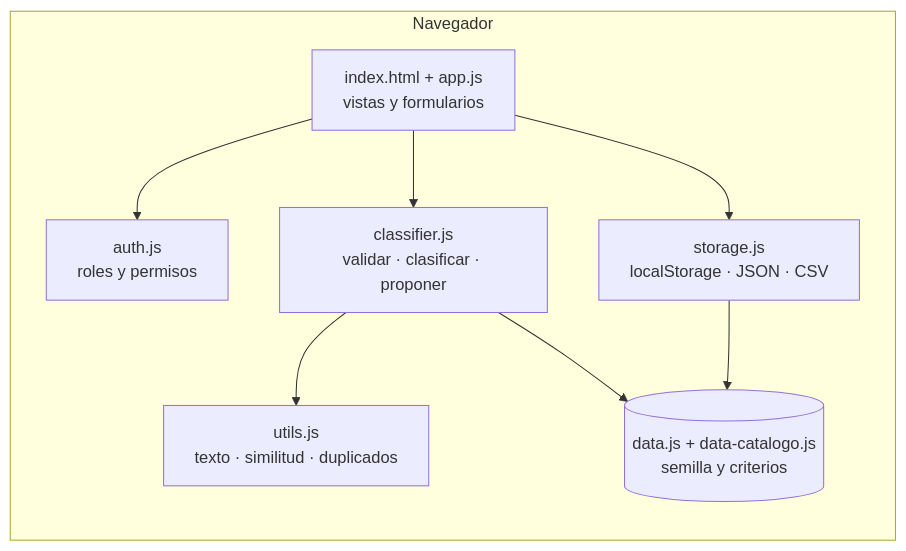
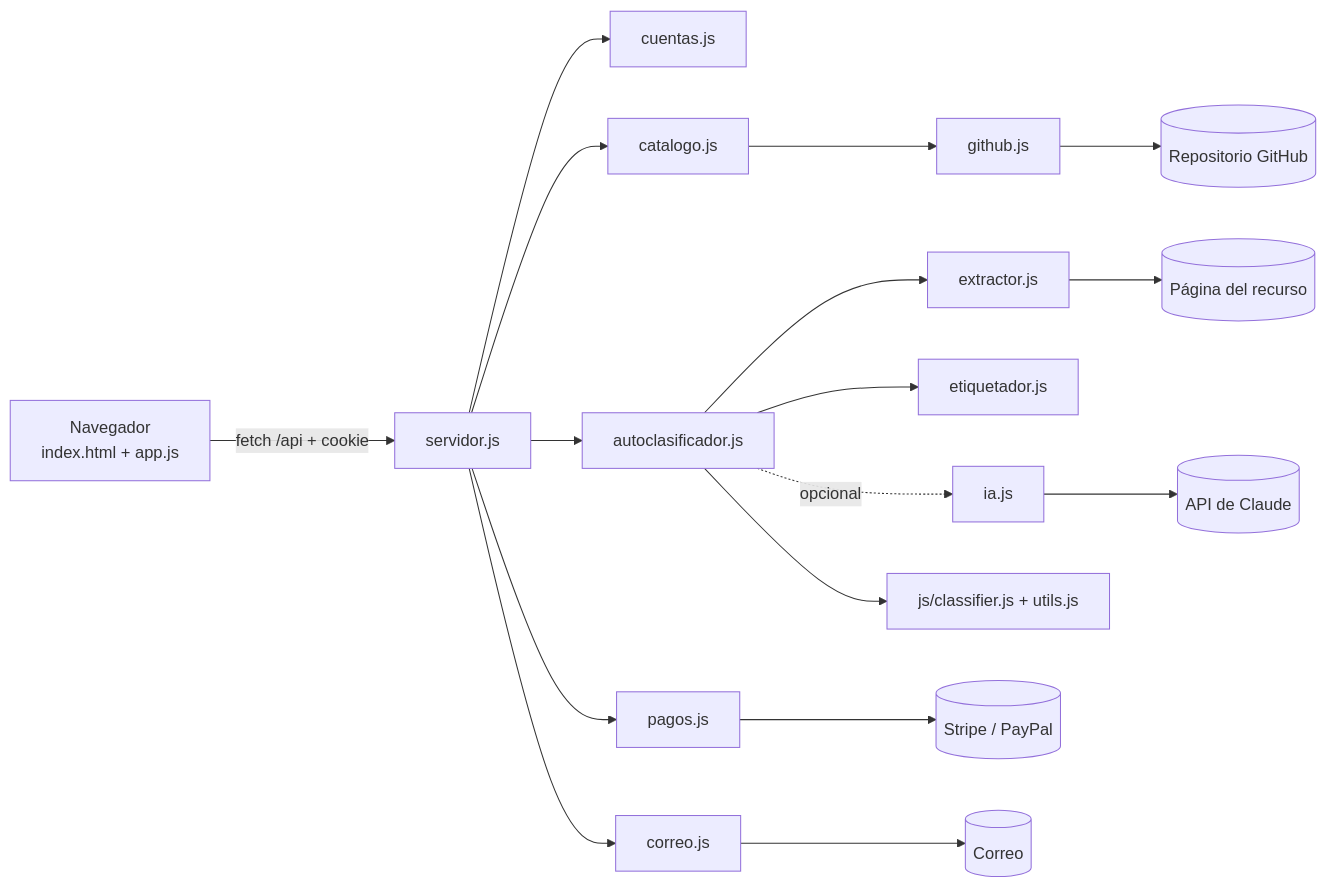
Before and after one commit to dmanjon-star/plataforma_recursos_educativos_safa: the first of 2 diagrams in docs/ARQUITECTURA.md, drawn with Mermaid. The commit also changed other lines of this file and 53 other files, not shown here.

````diff
--- a/docs/ARQUITECTURA.md
+++ b/docs/ARQUITECTURA.md
@@ -40,17 +59,14 @@
 ```mermaid
 flowchart LR
-  subgraph Navegador
-    UI[index.html + app.js<br/>vistas y formularios]
-    AUTH[auth.js<br/>roles y permisos]
-    CLS[classifier.js<br/>validar · clasificar · proponer]
-    UT[utils.js<br/>texto · similitud · duplicados]
-    ST[storage.js<br/>localStorage · JSON · CSV]
-    DATA[(data.js + data-catalogo.js<br/>semilla y criterios)]
-  end
-  UI --> AUTH
-  UI --> CLS
-  CLS --> UT
-  UI --> ST
-  ST --> DATA
-  CLS --> DATA
+  B[Navegador<br/>index.html + app.js] -- "fetch /api + cookie" --> S[servidor.js]
+  S --> CU[cuentas.js]
+  S --> CA[catalogo.js]
+  S --> AC[autoclasificador.js]
+  AC --> EX[extractor.js] --> WEB[(Página del recurso)]
+  AC --> ET[etiquetador.js]
+  AC -. opcional .-> IA[ia.js] --> CL[(API de Claude)]
+  AC --> SH[js/classifier.js + utils.js]
+  S --> PA[pagos.js] --> ST[(Stripe / PayPal)]
+  S --> CO[correo.js] --> SMTP[(Correo)]
+  CA --> GH[github.js] --> REPO[(Repositorio GitHub)]
 ```
````
